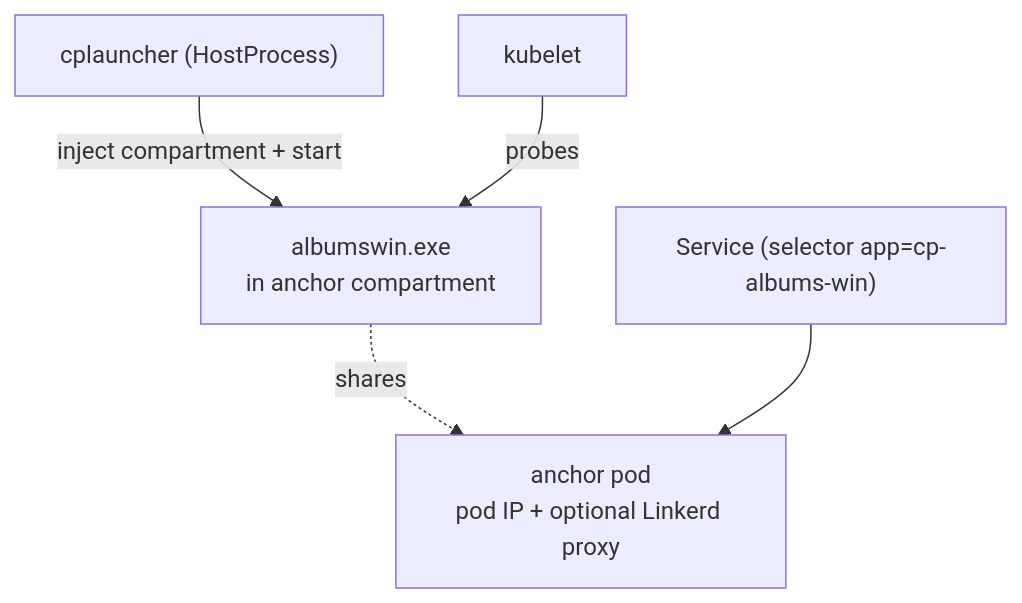
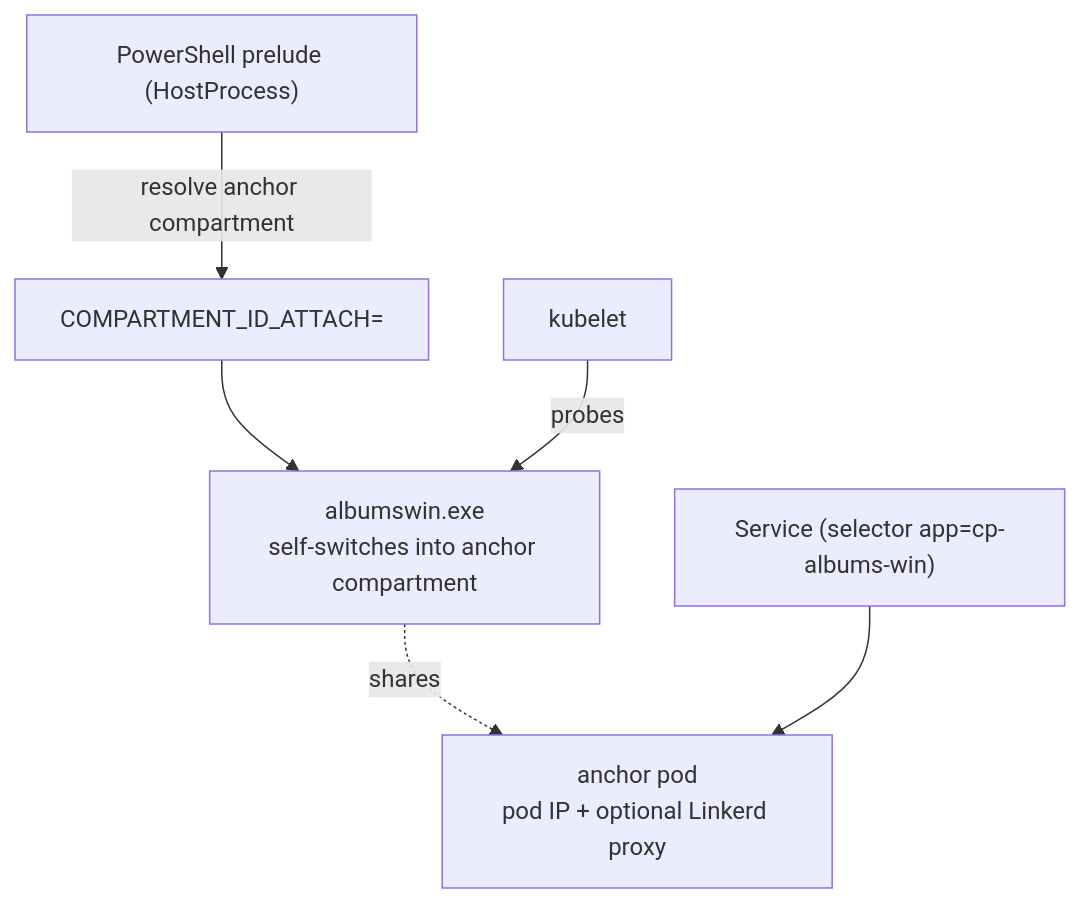
One commit to Siemens-Healthineers/K2s changed the diagram in k2s/test/e2e/cluster/hostprocess/examples/option-2-hostprocess-compartment/README.md. Above: the diagram before and after it, drawn with Mermaid. The commit also changed other lines of this file and 5 other files, not shown here.

````diff
--- a/k2s/test/e2e/cluster/hostprocess/examples/option-2-hostprocess-compartment/README.md
+++ b/k2s/test/e2e/cluster/hostprocess/examples/option-2-hostprocess-compartment/README.md
@@ -13,7 +15,8 @@
 ```mermaid
 flowchart TB
-    CPL["cplauncher (HostProcess)"] -->|inject compartment + start| APP["albumswin.exe<br/>in anchor compartment"]
+    PS["PowerShell prelude (HostProcess)"] -->|"resolve anchor compartment"| ENV["COMPARTMENT_ID_ATTACH=<id>"]
+    ENV --> APP["albumswin.exe<br/>self-switches into anchor compartment"]
     APP -. shares .-> PAUSE["anchor pod<br/>pod IP + optional Linkerd proxy"]
     SVC["Service (selector app=cp-albums-win)"] --> PAUSE
     KUBELET[kubelet] -->|probes| APP
 ```
````
